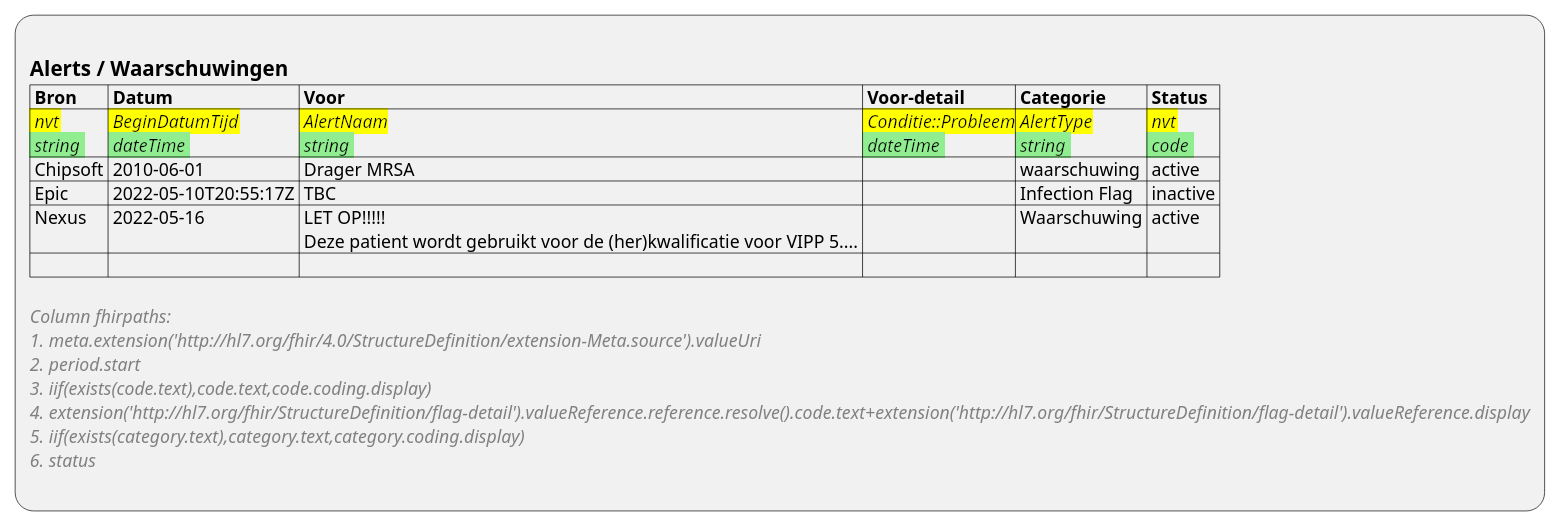
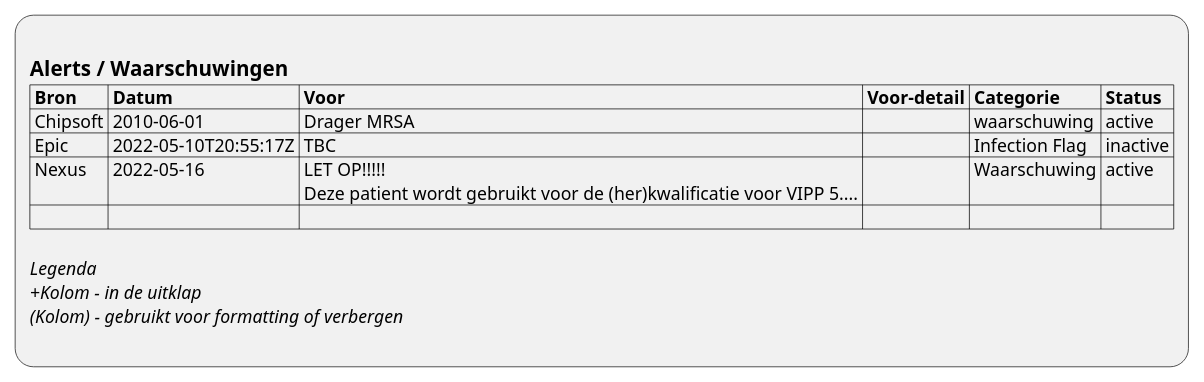
The diagram in input/images-source/ViewDefinition-Flag.plantuml (RIVO-Noord/zorgviewer-ig), drawn with PlantUML before and after one commit. The commit also changed 35 other files, not shown here.

```diff
--- a/input/images-source/ViewDefinition-Flag.plantuml
+++ b/input/images-source/ViewDefinition-Flag.plantuml
@@ -1,19 +1,14 @@
 @startuml ViewDefinition-Flag
 :
 == Alerts / Waarschuwingen
 |= Bron |= Datum |= Voor |= Voor-detail |= Categorie |= Status |
-|<back:yellow> //nvt//\n<back:lightgreen> //string// |<back:yellow> //BeginDatumTijd//\n<back:lightgreen> //dateTime// |<back:yellow> //AlertNaam//\n<back:lightgreen> //string// |<back:yellow> //Conditie::Probleem//\n<back:lightgreen> //dateTime// |<back:yellow> //AlertType//\n<back:lightgreen> //string// |<back:yellow> //nvt//\n<back:lightgreen> //code// |
 | Chipsoft | 2010-06-01 | Drager MRSA |  | waarschuwing | active |
 | Epic | 2022-05-10T20:55:17Z | TBC |  | Infection Flag | inactive |
 | Nexus | 2022-05-16 | LET OP!!!!!\n Deze patient wordt gebruikt voor de (her)kwalificatie voor VIPP 5.... |  | Waarschuwing | active |
 | |
 
-<color:gray>//Column fhirpaths://
-<color:gray>//1. meta.extension('http:~//hl7.org/fhir/4.0/StructureDefinition/extension-Meta.source').valueUri//
-<color:gray>//2. period.start//
-<color:gray>//3. iif(exists(code.text),code.text,code.coding.display)//
-<color:gray>//4. extension('http:~//hl7.org/fhir/StructureDefinition/flag-detail').valueReference.reference.resolve().code.text+extension('http:~//hl7.org/fhir/StructureDefinition/flag-detail').valueReference.display//
-<color:gray>//5. iif(exists(category.text),category.text,category.coding.display)//
-<color:gray>//6. status//
+//Legenda//
+//+Kolom - in de uitklap//
+//(Kolom) - gebruikt voor formatting of verbergen//
 ;
 @enduml
```
